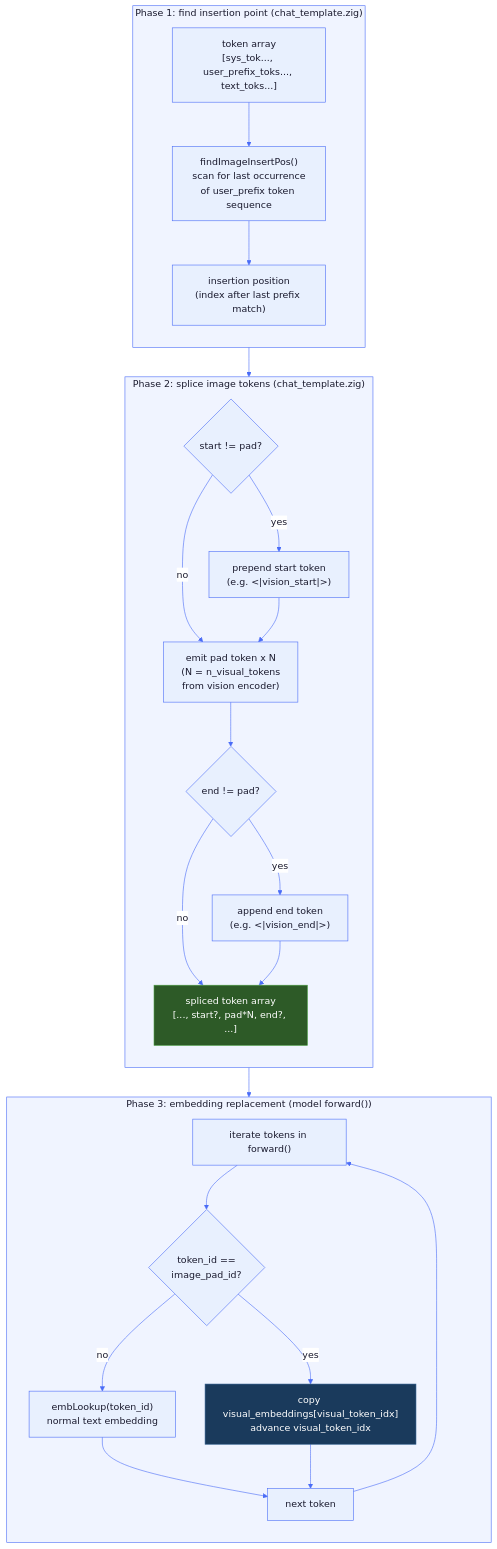
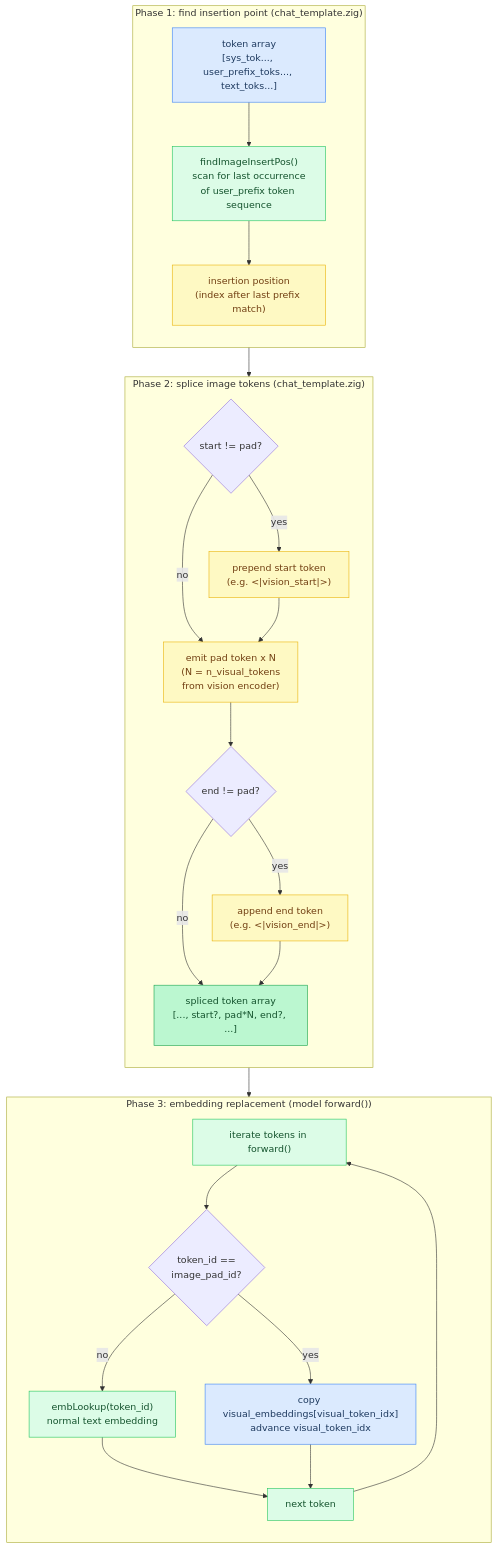
Before and after one commit to maci0/agave: the seventh of 7 diagrams in docs/tutorial/15-chat-templates.md, drawn with Mermaid. The commit also changed other lines of this file and 24 other files, not shown here.

First line of the commit message:
docs: convert all mermaid diagrams to classDef semantic colors

````diff
--- a/docs/tutorial/15-chat-templates.md
+++ b/docs/tutorial/15-chat-templates.md
@@ -813,68 +779,55 @@
 ```mermaid
-%%{init: {'theme': 'base', 'themeVariables': {
-  'primaryColor': '#e8f0fe',
-  'primaryTextColor': '#1a1a2e',
-  'primaryBorderColor': '#4a6cf7',
-  'lineColor': '#4a6cf7',
-  'secondaryColor': '#f0f4ff',
-  'tertiaryColor': '#f8f9ff',
-  'edgeLabelBackground': '#ffffff',
-  'clusterBkg': '#f0f4ff',
-  'clusterBorder': '#4a6cf7',
-  'titleColor': '#1a1a2e',
-  'nodeTextColor': '#1a1a2e',
-  'fontFamily': 'ui-monospace, SFMono-Regular, monospace'
-}}}%%
 flowchart TD
+    classDef setup     fill:#dbeafe,stroke:#3b82f6,color:#1e3a5f
+    classDef sync      fill:#dcfce7,stroke:#22c55e,color:#14532d
+    classDef migration fill:#fef9c3,stroke:#eab308,color:#713f12
+    classDef success   fill:#bbf7d0,stroke:#16a34a,color:#14532d
+    classDef danger    fill:#fee2e2,stroke:#ef4444,color:#7f1d1d
+    classDef optional  fill:#f3e8ff,stroke:#9333ea,color:#581c87
+
+    TokenArr["token array\n[sys_tok..., user_prefix_toks..., text_toks...]"]:::setup
+    Scan["findImageInsertPos()\nscan for last occurrence\nof user_prefix token sequence"]:::sync
+    InsertPos["insertion position\n(index after last prefix match)"]:::migration
+    EmitStart["prepend start token\n(e.g. &lt;|vision_start|&gt;)"]:::migration
+    EmitPads["emit pad token x N\n(N = n_visual_tokens\nfrom vision encoder)"]:::migration
+    EmitEnd["append end token\n(e.g. &lt;|vision_end|&gt;)"]:::migration
+    SplicedArr["spliced token array\n[..., start?, pad*N, end?, ...]"]:::success
+    TokenLoop["iterate tokens in forward()"]:::sync
+    NormalEmb["embLookup(token_id)\nnormal text embedding"]:::sync
+    VisEmb["copy visual_embeddings[visual_token_idx]\nadvance visual_token_idx"]:::setup
+    NextTok["next token"]:::sync
+
     subgraph Phase1["Phase 1: find insertion point (chat_template.zig)"]
         direction TB
-        TokenArr["token array\n[sys_tok..., user_prefix_toks..., text_toks...]"]
-        Scan["findImageInsertPos()\nscan for last occurrence\nof user_prefix token sequence"]
-        InsertPos["insertion position\n(index after last prefix match)"]
-
         TokenArr --> Scan --> InsertPos
     end
 
     subgraph Phase2["Phase 2: splice image tokens (chat_template.zig)"]
         direction TB
         DistinctStart{"start != pad?"}
-        EmitStart["prepend start token\n(e.g. &lt;|vision_start|&gt;)"]
-        EmitPads["emit pad token x N\n(N = n_visual_tokens\nfrom vision encoder)"]
         DistinctEnd{"end != pad?"}
-        EmitEnd["append end token\n(e.g. &lt;|vision_end|&gt;)"]
-        SplicedArr["spliced token array\n[..., start?, pad*N, end?, ...]"]
 
         DistinctStart -->|yes| EmitStart
         DistinctStart -->|no| EmitPads
         EmitStart --> EmitPads
         EmitPads --> DistinctEnd
         DistinctEnd -->|yes| EmitEnd
         DistinctEnd -->|no| SplicedArr
         EmitEnd --> SplicedArr
     end
 
     subgraph Phase3["Phase 3: embedding replacement (model forward())"]
         direction TB
-        TokenLoop["iterate tokens in forward()"]
         IsPad{"token_id ==\nimage_pad_id?"}
-        NormalEmb["embLookup(token_id)\nnormal text embedding"]
-        VisEmb["copy visual_embeddings[visual_token_idx]\nadvance visual_token_idx"]
-        NextTok["next token"]
 
         TokenLoop --> IsPad
         IsPad -->|no| NormalEmb
         IsPad -->|yes| VisEmb
         NormalEmb --> NextTok
         VisEmb --> NextTok
         NextTok --> TokenLoop
     end
 
     InsertPos --> Phase2
     SplicedArr --> Phase3
-
-    style Phase1 fill:#f0f4ff,stroke:#4a6cf7
-    style Phase2 fill:#f0f4ff,stroke:#4a6cf7
-    style Phase3 fill:#f0f4ff,stroke:#4a6cf7
-    style VisEmb fill:#1a3a5c,color:#fff,stroke:#2a5a8c
-    style SplicedArr fill:#2d5a27,color:#fff,stroke:#4a9e40
 ```
````
